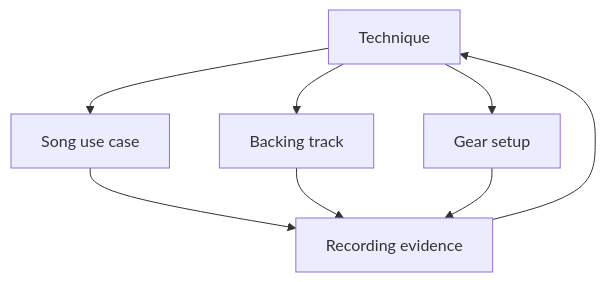
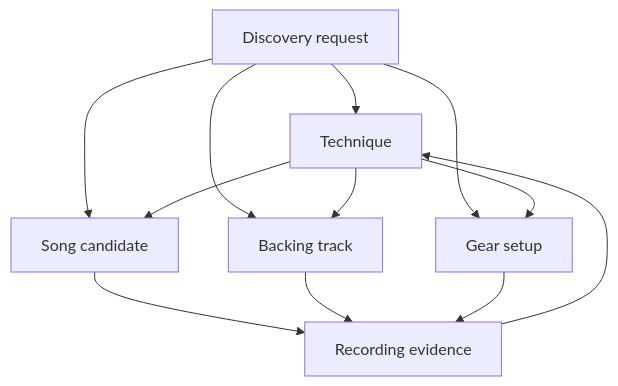
Before and after one commit to ryjen/guitar-practice-system: the first of 2 diagrams in README.md, drawn with Mermaid. The commit also changed other lines of this file, not shown here.

Commit message:
docs: connect Discovery adapter to project workflow

````diff
--- a/README.md
+++ b/README.md
@@ -24,10 +25,14 @@
 ```mermaid
 flowchart TD
-    T[Technique] --> S[Song use case]
-    T --> B[Backing track]
-    T --> G[Gear setup]
+    D[Discovery request] --> T[Technique]
+    D --> S[Song candidate]
+    D --> B[Backing track]
+    D --> G[Gear setup]
+    T --> S
+    T --> B
+    T --> G
     S --> E[Recording evidence]
     B --> E
     G --> E
     E --> T
 ```
````
